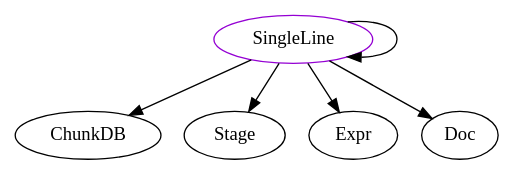
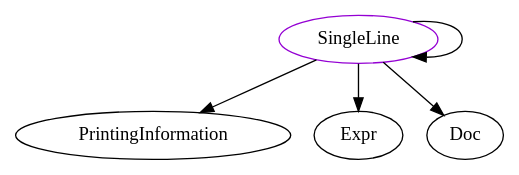
One commit to JacquesCarette/Drasil changed the diagram in analysis/TypeDependencyGraphs/printers/SingleLine.dot. Above: the diagram before and after it, drawn with Graphviz. The commit also changed 674 other files, not shown here.

```diff
--- a/analysis/TypeDependencyGraphs/printers/SingleLine.dot
+++ b/analysis/TypeDependencyGraphs/printers/SingleLine.dot
@@ -1,8 +1,7 @@
 digraph singleline{
 SingleLine	[shape=oval, color=darkviolet, label="SingleLine"];
-SingleLine -> ChunkDB;
-SingleLine -> Stage;
+SingleLine -> PrintingInformation;
 SingleLine -> SingleLine;
 SingleLine -> Expr;
 SingleLine -> Doc;
 }
```
